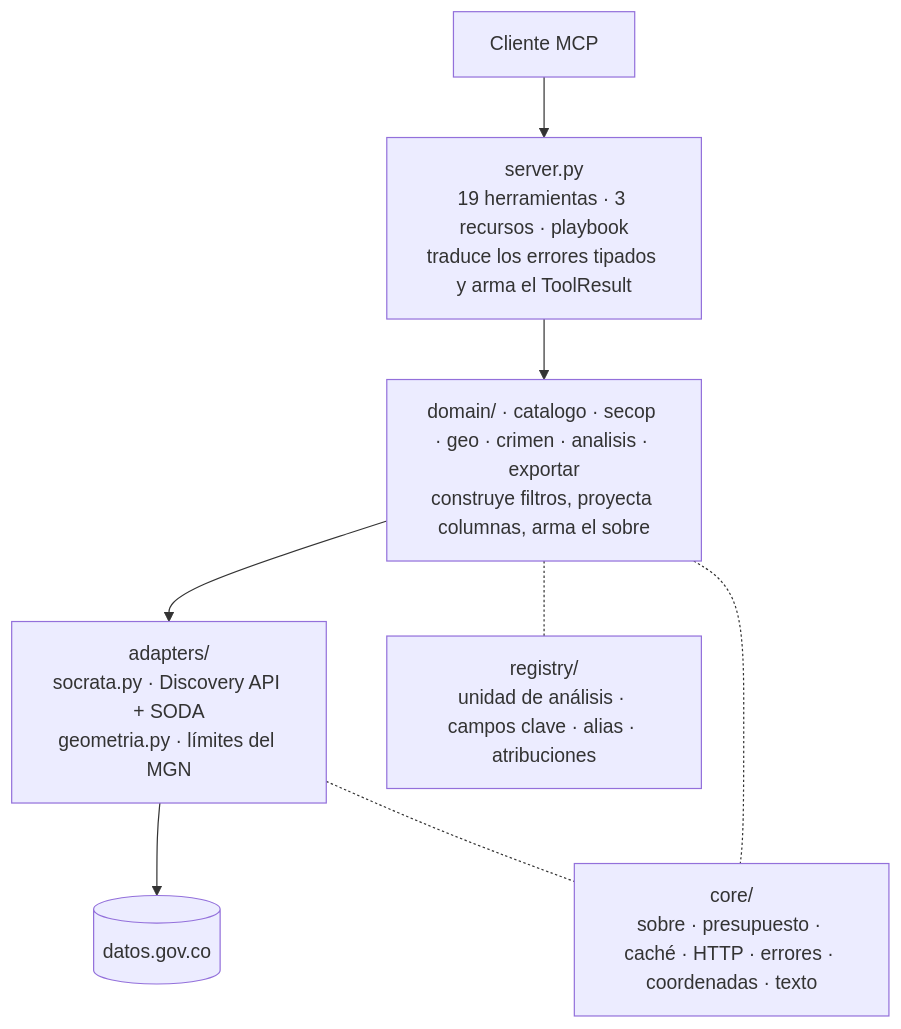
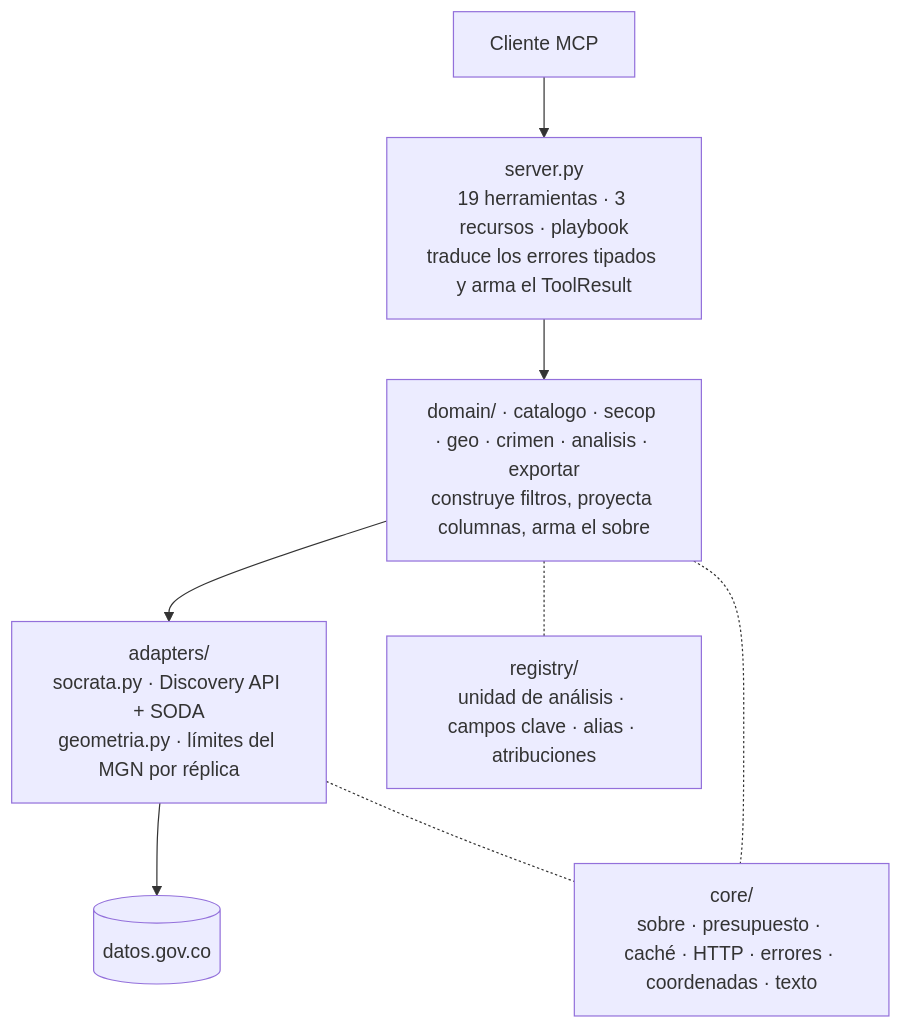
One commit to manuelcastiblan/colombia-datos-mcp changed the first of 3 diagrams in docs/arquitectura.md. Above: the diagram before and after it, drawn with Mermaid. The commit also changed other lines of this file and 8 other files, not shown here.

````diff
--- a/docs/arquitectura.md
+++ b/docs/arquitectura.md
@@ -6,15 +6,15 @@
 ```mermaid
 flowchart TD
     cliente["Cliente MCP"]
     server["server.py<br/>19 herramientas · 3 recursos · playbook<br/>traduce los errores tipados y arma el ToolResult"]
     dominio["domain/ · catalogo · secop · geo · crimen · analisis · exportar<br/>construye filtros, proyecta columnas, arma el sobre"]
-    adaptador["adapters/<br/>socrata.py · Discovery API + SODA<br/>geometria.py · límites del MGN"]
+    adaptador["adapters/<br/>socrata.py · Discovery API + SODA<br/>geometria.py · límites del MGN por réplica"]
     fuente[("datos.gov.co")]
     registro["registry/<br/>unidad de análisis · campos clave · alias · atribuciones"]
     nucleo["core/<br/>sobre · presupuesto · caché · HTTP · errores · coordenadas · texto"]
 
     cliente --> server --> dominio --> adaptador --> fuente
     dominio -.- registro
     dominio -.- nucleo
     adaptador -.- nucleo
 ```
````
